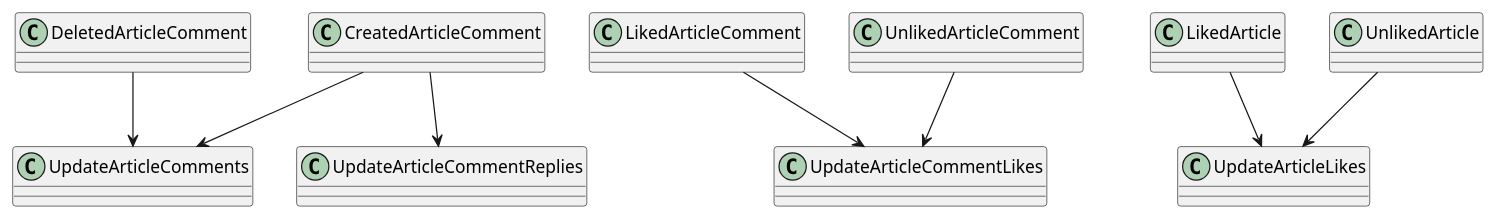
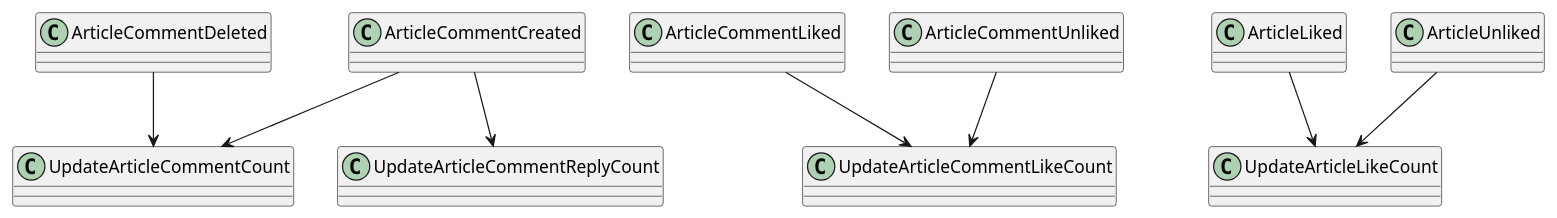
One commit to LDmoxeii/only4-KSP-cap4j changed the diagram in design/domain/article/relationEC.puml. Above: the diagram before and after it, drawn with PlantUML. The commit also changed 7 other files, not shown here.

```diff
--- a/design/domain/article/relationEC.puml
+++ b/design/domain/article/relationEC.puml
@@ -1,9 +1,9 @@
 @startuml
-CreatedArticleComment       -down-> UpdateArticleComments
-CreatedArticleComment       -down-> UpdateArticleCommentReplies
-DeletedArticleComment       -down-> UpdateArticleComments
-LikedArticleComment         -down-> UpdateArticleCommentLikes
-UnlikedArticleComment       -down-> UpdateArticleCommentLikes
-LikedArticle                -down-> UpdateArticleLikes
-UnlikedArticle              -down-> UpdateArticleLikes
+ArticleCommentCreated       -down-> UpdateArticleCommentCount
+ArticleCommentCreated       -down-> UpdateArticleCommentReplyCount
+ArticleCommentDeleted       -down-> UpdateArticleCommentCount
+ArticleCommentLiked         -down-> UpdateArticleCommentLikeCount
+ArticleCommentUnliked       -down-> UpdateArticleCommentLikeCount
+ArticleLiked                -down-> UpdateArticleLikeCount
+ArticleUnliked              -down-> UpdateArticleLikeCount
 @enduml
```
